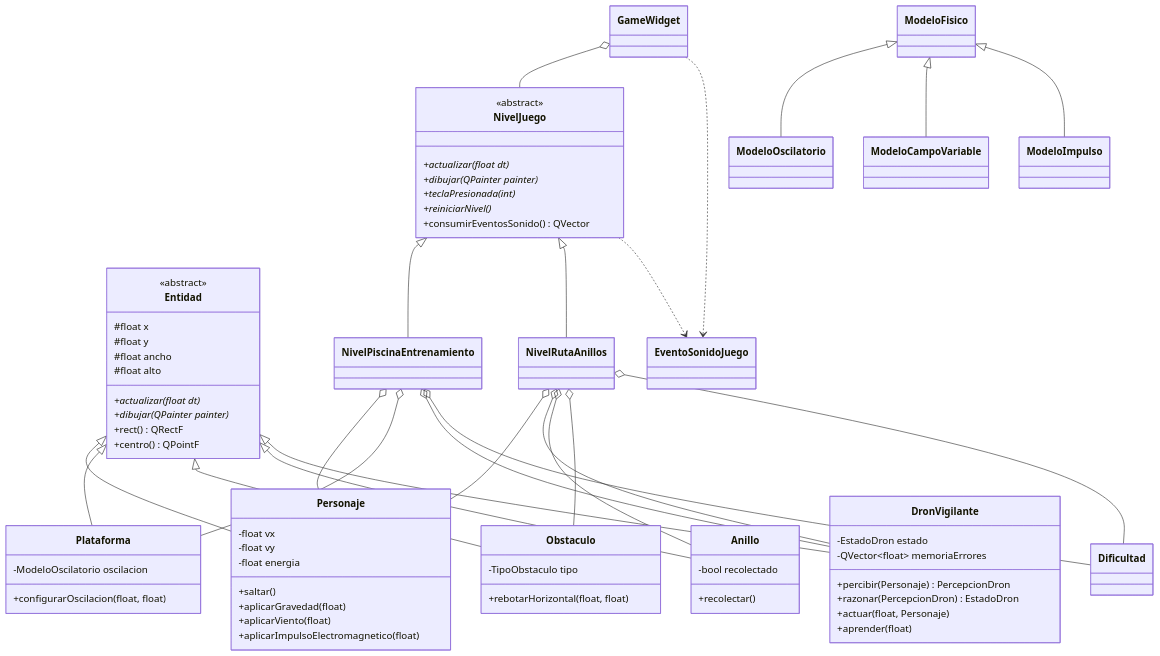
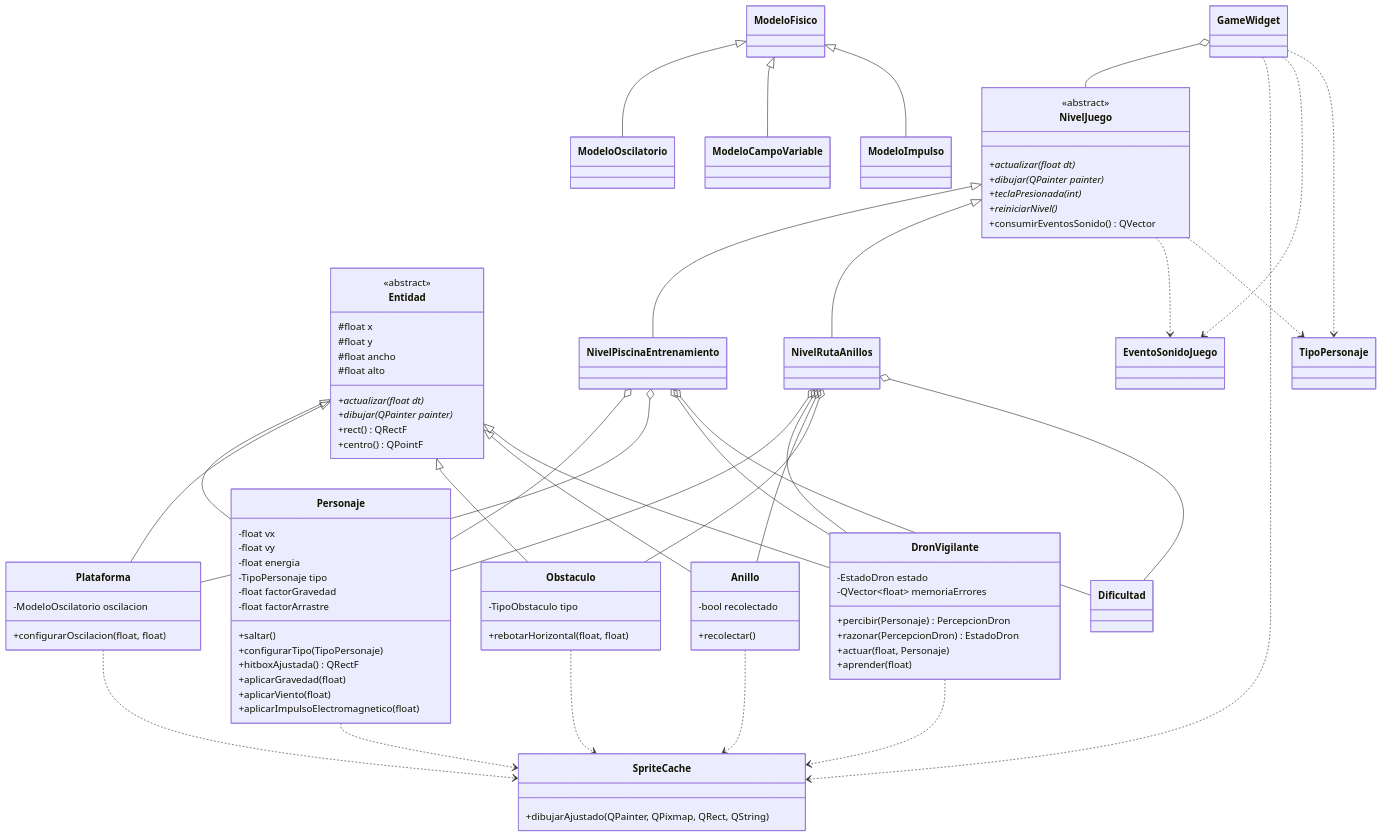
One commit to josemanuelposada-collab/Clavados-en-Ciudad-academia changed the diagram in archivos/DIAGRAMA_CLASES_RESUMEN.md. Above: the diagram before and after it, drawn with Mermaid. The commit also changed other lines of this file and 207 other files, not shown here.

````diff
--- a/archivos/DIAGRAMA_CLASES_RESUMEN.md
+++ b/archivos/DIAGRAMA_CLASES_RESUMEN.md
@@ -18,7 +18,12 @@
         -float vx
         -float vy
         -float energia
+        -TipoPersonaje tipo
+        -float factorGravedad
+        -float factorArrastre
         +saltar()
+        +configurarTipo(TipoPersonaje)
+        +hitboxAjustada() QRectF
         +aplicarGravedad(float)
         +aplicarViento(float)
         +aplicarImpulsoElectromagnetico(float)
@@ -60,7 +65,11 @@
     class NivelPiscinaEntrenamiento
     class NivelRutaAnillos
     class GameWidget
+    class SpriteCache {
+        +dibujarAjustado(QPainter, QPixmap, QRect, QString)
+    }
     class EventoSonidoJuego
+    class TipoPersonaje
     class Dificultad
     class ModeloFisico
     class ModeloOscilatorio
@@ -79,8 +88,11 @@
     ModeloFisico <|-- ModeloImpulso
 
     GameWidget o-- NivelJuego
+    GameWidget ..> SpriteCache
     GameWidget ..> EventoSonidoJuego
+    GameWidget ..> TipoPersonaje
     NivelJuego ..> EventoSonidoJuego
+    NivelJuego ..> TipoPersonaje
     NivelPiscinaEntrenamiento o-- Personaje
     NivelPiscinaEntrenamiento o-- Plataforma
     NivelPiscinaEntrenamiento o-- DronVigilante
@@ -90,4 +102,9 @@
     NivelRutaAnillos o-- Anillo
     NivelRutaAnillos o-- Obstaculo
     NivelRutaAnillos o-- Dificultad
+    Personaje ..> SpriteCache
+    Plataforma ..> SpriteCache
+    Anillo ..> SpriteCache
+    Obstaculo ..> SpriteCache
+    DronVigilante ..> SpriteCache
 ```
````
